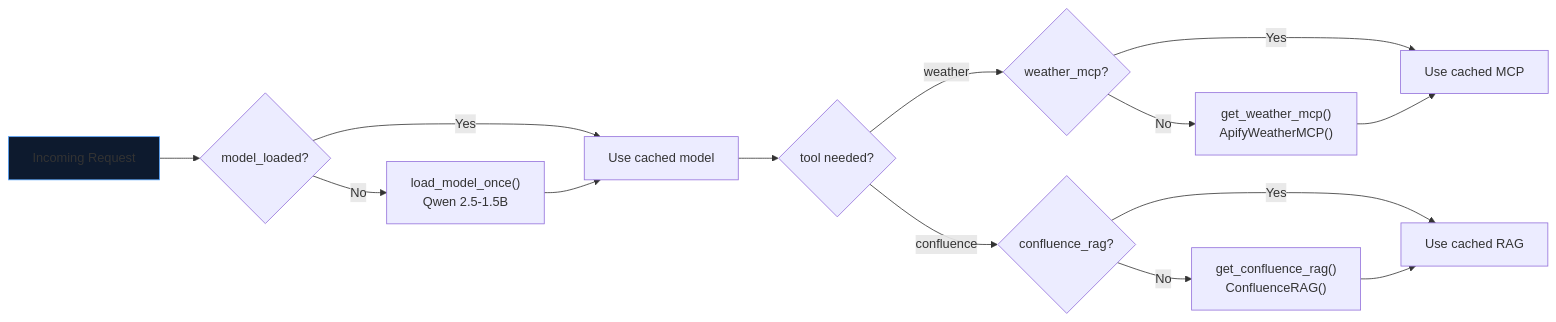
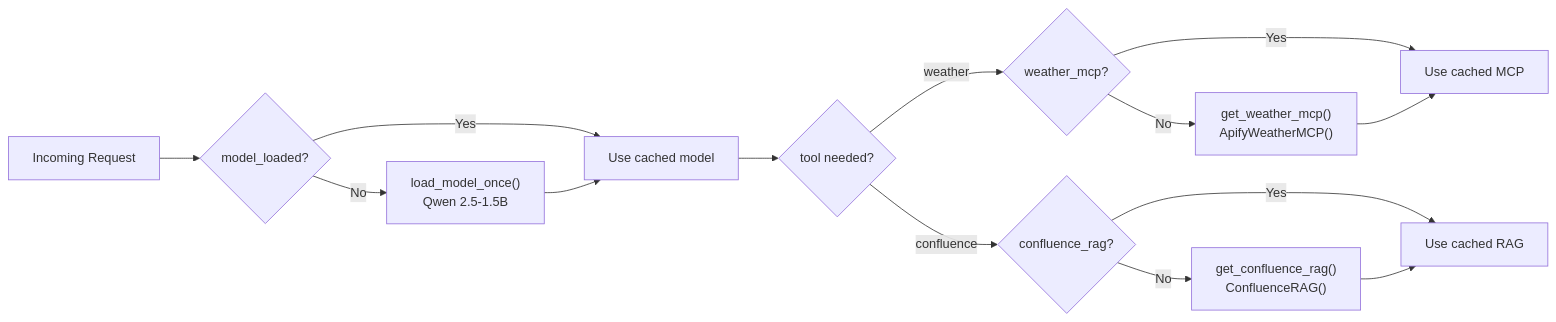
The fifth of 5 diagrams in README.md (sutheesh/OpenChat), drawn with Mermaid before and after one commit. The commit also changed other lines of this file and 1 other file, not shown here.

Commit message:
update architecture

````diff
--- a/README.md
+++ b/README.md
@@ -421,23 +321,22 @@
 ```mermaid
 flowchart LR
     REQ["Incoming Request"]
     --> CK1{"model_loaded?"}
 
     CK1 -->|No| LM["load_model_once()<br/>Qwen 2.5-1.5B"]
     CK1 -->|Yes| USE["Use cached model"]
     LM --> USE
 
     USE --> CK2{"tool needed?"}
     CK2 -->|weather| CK3{"weather_mcp?"}
     CK2 -->|confluence| CK4{"confluence_rag?"}
 
     CK3 -->|No| LW["get_weather_mcp()<br/>ApifyWeatherMCP()"]
     CK3 -->|Yes| UW["Use cached MCP"]
     LW --> UW
 
     CK4 -->|No| LR["get_confluence_rag()<br/>ConfluenceRAG()"]
     CK4 -->|Yes| UR["Use cached RAG"]
     LR --> UR
 
-    style REQ fill:#0d1a2e,stroke:#58a6ff
 ```
````
